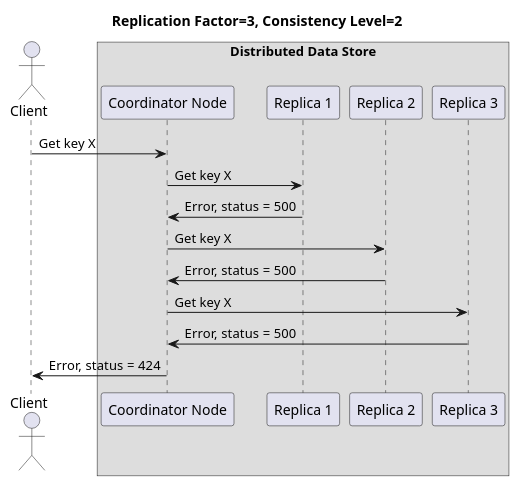
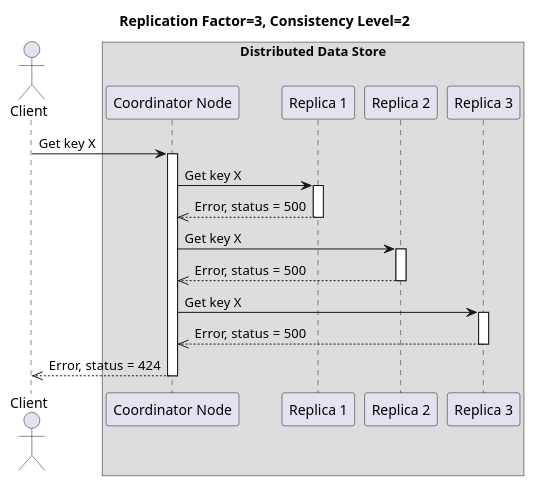
The diagram in diagrams/sequence8.puml (EliriaT/distributed-store), drawn with PlantUML before and after one commit. The commit also changed 17 other files, not shown here.

Commit message:
Update diagrams..

```diff
--- a/diagrams/sequence8.puml
+++ b/diagrams/sequence8.puml
@@ -1,27 +1,36 @@
 @startuml
 
 title Replication Factor=3, Consistency Level=2
 
 actor Client as C
 box "Distributed Data Store"
 participant "Coordinator Node" as CN
 participant "Replica 1" as N1
 participant "Replica 2" as N2
 participant "Replica 3" as N3
 end box
 
 
 C -> CN : Get key X
+activate CN
+
 CN -> N1 : Get key X
-N1 -> CN : Error, status = 500
+activate N1
+N1 -->> CN : Error, status = 500
+deactivate N1
 
 CN -> N2 : Get key X
-N2 -> CN : Error, status = 500
+activate N2
+N2 -->> CN : Error, status = 500
+deactivate N2
 
 
 CN -> N3 : Get key X
-N3 -> CN : Error, status = 500
+activate N3
+N3 -->> CN : Error, status = 500
+deactivate N3
 
-CN -> C : Error, status = 424
+CN -->> C : Error, status = 424
+deactivate CN
 
 @enduml
```
